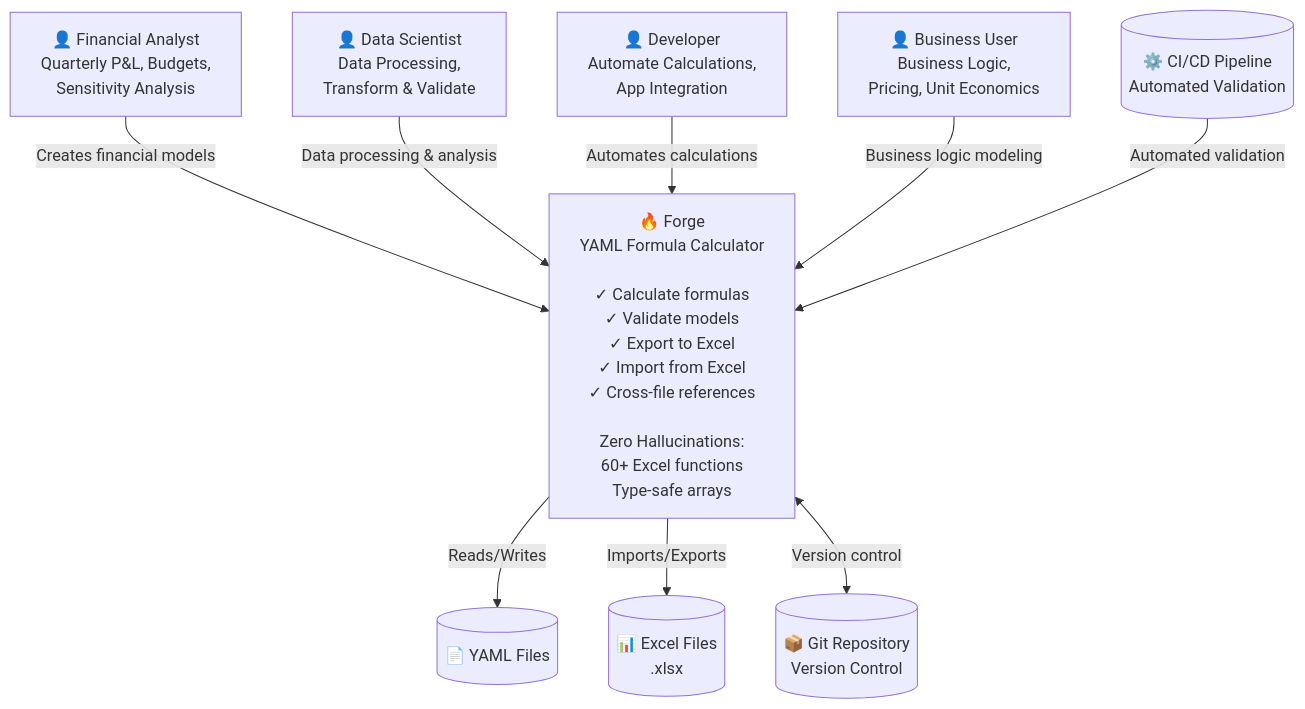
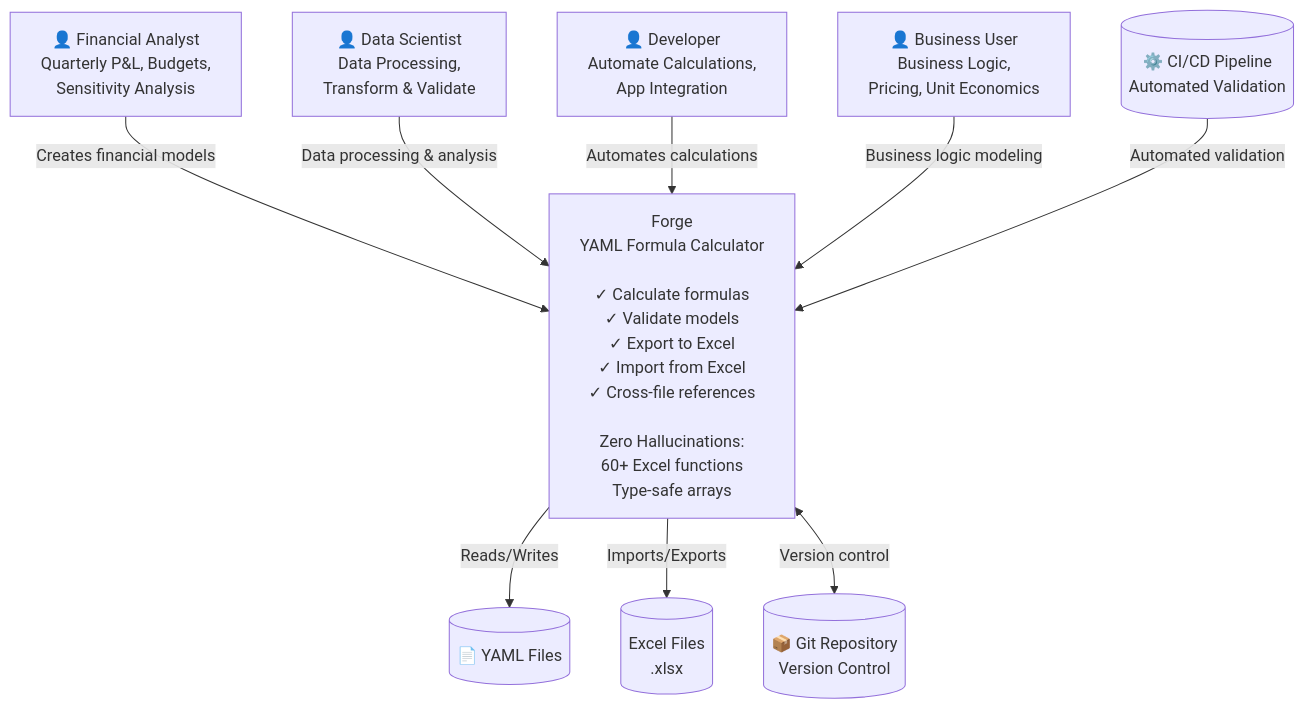
One commit to mollendorff-ai/forge changed the first of 2 diagrams in docs/architecture/00-OVERVIEW.md. Above: the diagram before and after it, drawn with Mermaid. The commit also changed other lines of this file and 20 other files, not shown here.

````diff
--- a/docs/architecture/00-OVERVIEW.md
+++ b/docs/architecture/00-OVERVIEW.md
@@ -59,28 +59,28 @@
 ```mermaid
 graph TB
     %% External Actors
     analyst["👤 Financial Analyst<br/>Quarterly P&L, Budgets,<br/>Sensitivity Analysis"]
     datascientist["👤 Data Scientist<br/>Data Processing,<br/>Transform & Validate"]
     developer["👤 Developer<br/>Automate Calculations,<br/>App Integration"]
     business["👤 Business User<br/>Business Logic,<br/>Pricing, Unit Economics"]
 
     %% Forge System
-    forge["🔥 Forge<br/>YAML Formula Calculator<br/><br/>✓ Calculate formulas<br/>✓ Validate models<br/>✓ Export to Excel<br/>✓ Import from Excel<br/>✓ Cross-file references<br/><br/>Zero Hallucinations:<br/>60+ Excel functions<br/>Type-safe arrays"]
+    forge["Forge<br/>YAML Formula Calculator<br/><br/>✓ Calculate formulas<br/>✓ Validate models<br/>✓ Export to Excel<br/>✓ Import from Excel<br/>✓ Cross-file references<br/><br/>Zero Hallucinations:<br/>60+ Excel functions<br/>Type-safe arrays"]
 
     %% External Systems
     git[("📦 Git Repository<br/>Version Control")]
-    excel[("📊 Excel Files<br/>.xlsx")]
+    excel[("Excel Files<br/>.xlsx")]
     yaml[("📄 YAML Files")]
     cicd[("⚙️ CI/CD Pipeline<br/>Automated Validation")]
 
     %% Relationships
     analyst -->|Creates financial models| forge
     datascientist -->|Data processing & analysis| forge
     developer -->|Automates calculations| forge
     business -->|Business logic modeling| forge
 
     forge -->|Reads/Writes| yaml
     forge -->|Imports/Exports| excel
     forge <-->|Version control| git
     cicd -->|Automated validation| forge
 ```
````
